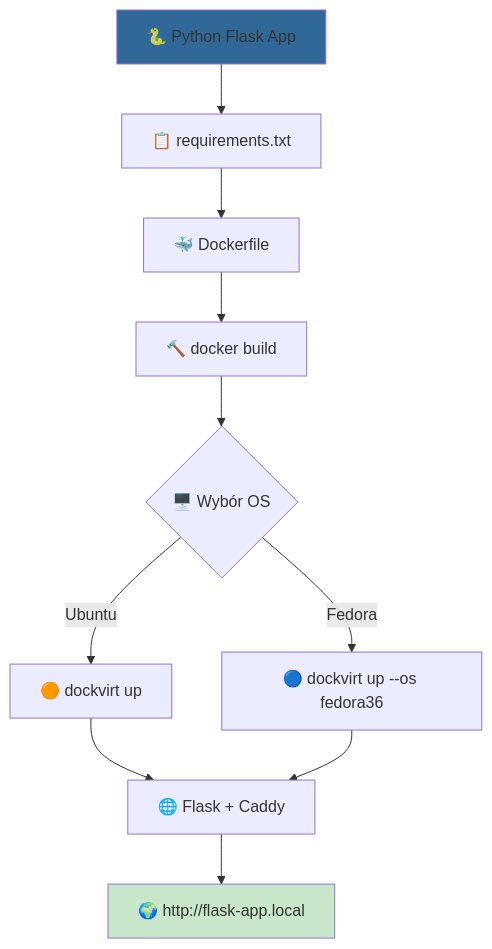
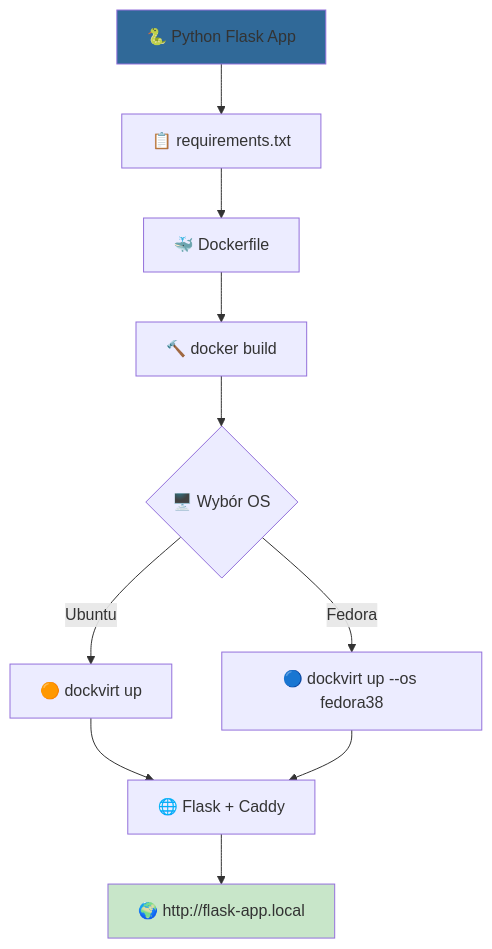
The third of 4 diagrams in examples/README.md (dynapsys/dockvirt), drawn with Mermaid before and after one commit. The commit also changed other lines of this file and 3 other files, not shown here.

````diff
--- a/examples/README.md
+++ b/examples/README.md
@@ -117,15 +117,15 @@
 ```mermaid
 flowchart TD
     A[🐍 Python Flask App] --> B[📋 requirements.txt]
     B --> C[🐳 Dockerfile]
     C --> D[🔨 docker build]
     D --> E{🖥️ Wybór OS}
     E -->|Ubuntu| F[🟠 dockvirt up]
-    E -->|Fedora| G[🔵 dockvirt up --os fedora36]
+    E -->|Fedora| G[🔵 dockvirt up --os fedora38]
     F --> H[🌐 Flask + Caddy]
     G --> H
     H --> I[🌍 http://flask-app.local]
     
     style A fill:#306998
     style I fill:#c8e6c9
 ```
````
